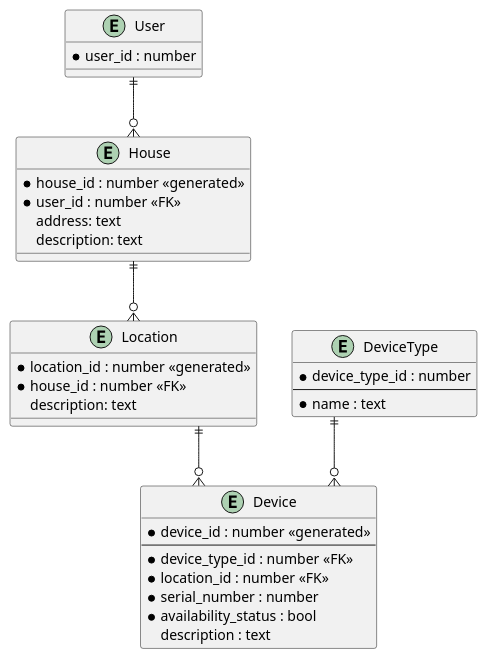
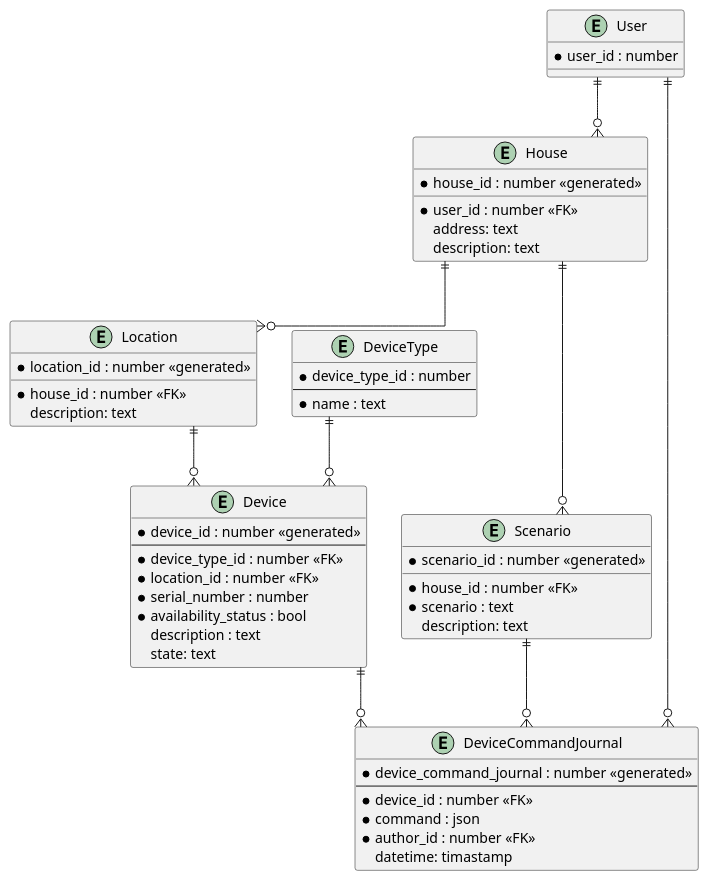
One commit to mikenina/architecture-pro-warmhouse changed the diagram in schemas/er/er.puml. Above: the diagram before and after it, drawn with PlantUML. The commit also changed 6 other files, not shown here.

```diff
--- a/schemas/er/er.puml
+++ b/schemas/er/er.puml
@@ -1,42 +1,66 @@
 @startuml
 skinparam linetype ortho
 
 entity "User" as user {
     *user_id : number 
 }
 
 entity "Device" as device {
     *device_id : number <<generated>>
     --
     *device_type_id : number <<FK>>
     *location_id : number <<FK>>
     *serial_number : number
     *availability_status : bool
     description : text
+    state: text
 }
 
 entity "DeviceType" as device_type {
     *device_type_id : number
     --
     *name : text
 }
 
 entity "Location" as location {
     *location_id : number <<generated>>
+    __
     *house_id : number <<FK>>
     description: text
 }
 
 entity "House" as house {
     *house_id : number <<generated>>
+    __
     *user_id : number <<FK>>
     address: text
     description: text
 }
 
+entity "Scenario" as scenario {
+    *scenario_id : number <<generated>>
+    __
+    *house_id : number <<FK>>
+    *scenario : text
+    description: text
+}
+
+entity "DeviceCommandJournal" as device_command_journal {
+    *device_command_journal : number <<generated>>
+    --
+    *device_id : number <<FK>>
+    *command : json
+    *author_id : number <<FK>>
+    datetime: timastamp
+}
+
 device_type ||--o{ device
 user ||--o{ house
 house ||--o{ location
+house ||--o{ scenario
 location ||--o{ device
+device ||--o{ device_command_journal
+user ||--o{ device_command_journal
+scenario ||--o{ device_command_journal
 
 @enduml
```
